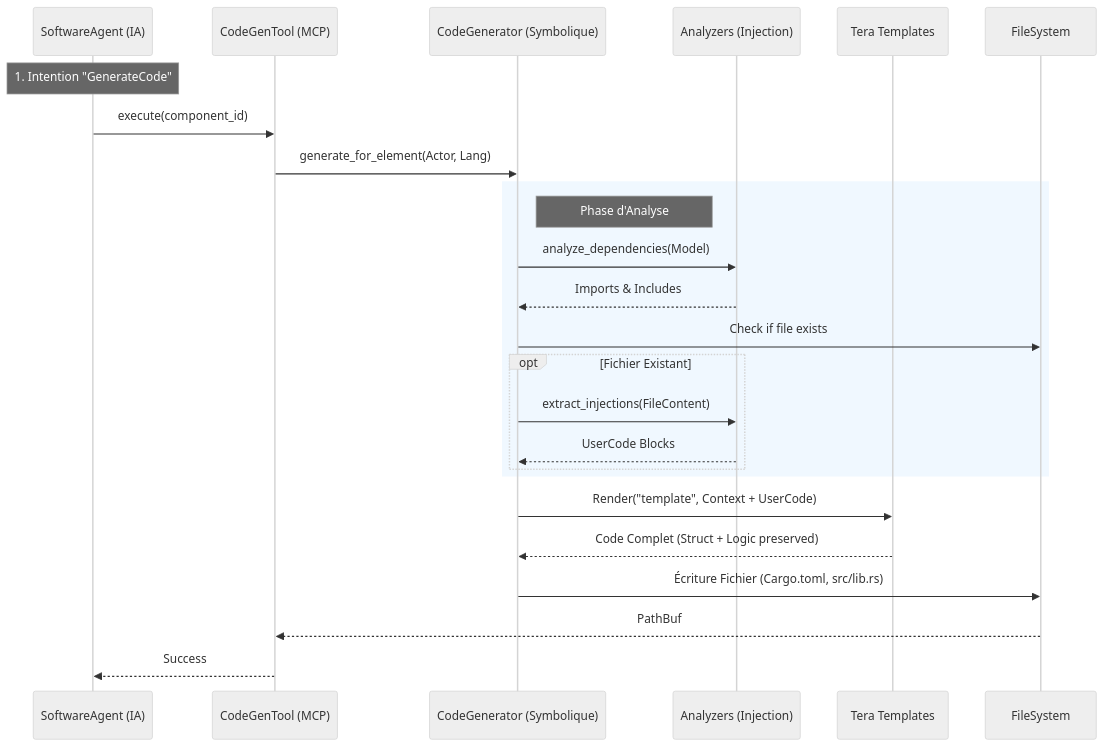
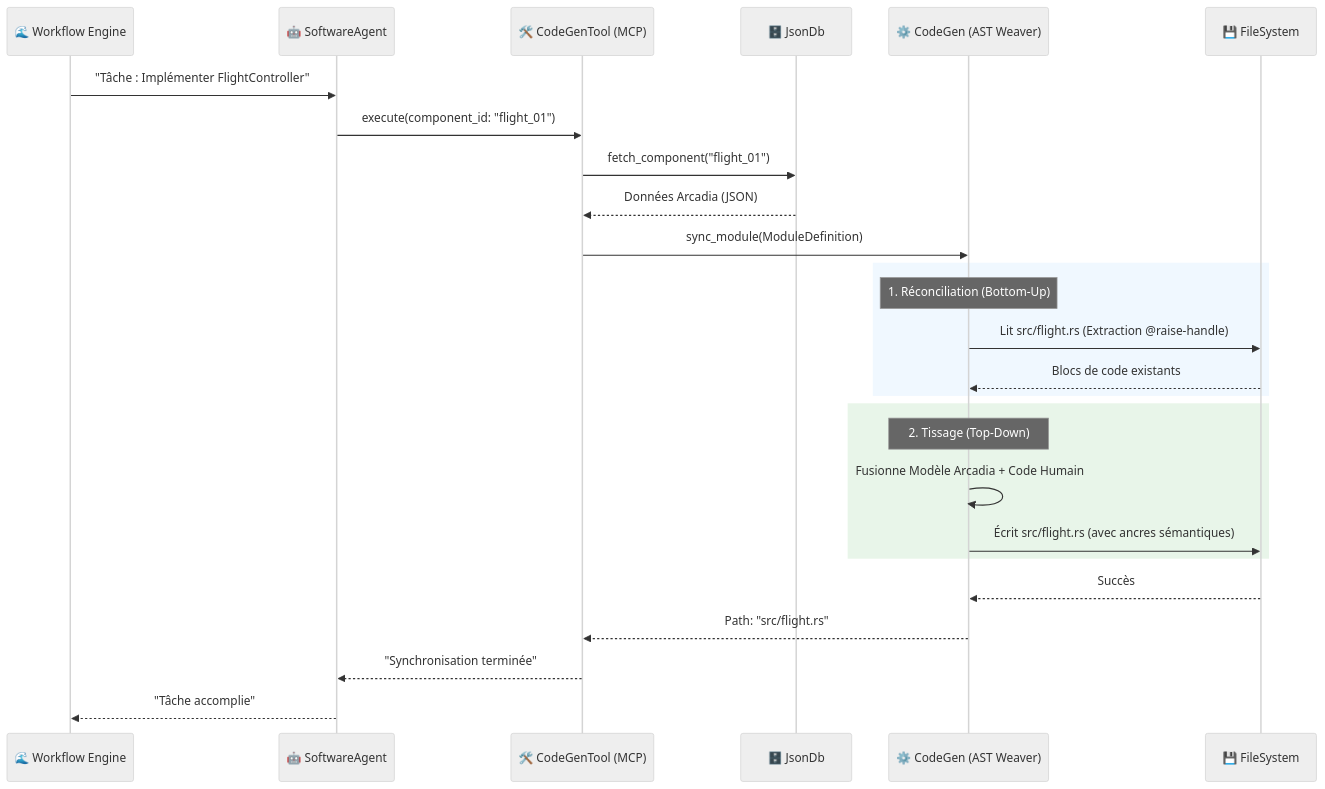
One commit to Condorcet-Continuum/raise changed the diagram in src-tauri/src/code_generator/README.md. Above: the diagram before and after it, drawn with Mermaid (neutral theme). The commit also changed other lines of this file and 138 other files, not shown here.

First line of the commit message:
refactor(workflow): semantic migration to handle, integrate upsert_document and stabilize tests

````diff
--- a/src-tauri/src/code_generator/README.md
+++ b/src-tauri/src/code_generator/README.md
@@ -16,31 +40,32 @@
 ```mermaid
 sequenceDiagram
-    participant Agent as SoftwareAgent (IA)
-    participant Tool as CodeGenTool (MCP)
-    participant Gen as CodeGenerator (Symbolique)
-    participant Analyzer as Analyzers (Injection)
-    participant Tpl as Tera Templates
-    participant FS as FileSystem
+    participant W as 🌊 Workflow Engine
+    participant A as 🤖 SoftwareAgent
+    participant T as 🛠️ CodeGenTool (MCP)
+    participant DB as 🗄️ JsonDb
+    participant G as ⚙️ CodeGen (AST Weaver)
+    participant FS as 💾 FileSystem
 
-    Note over Agent: 1. Intention "GenerateCode"
-    Agent->>Tool: execute(component_id)
-    Tool->>Gen: generate_for_element(Actor, Lang)
-
+    W->>A: "Tâche : Implémenter FlightController"
+    A->>T: execute(component_id: "flight_01")
+    T->>DB: fetch_component("flight_01")
+    DB-->>T: Données Arcadia (JSON)
+    T->>G: sync_module(ModuleDefinition)
+    
     rect rgb(240, 248, 255)
-        Note right of Gen: Phase d'Analyse
-        Gen->>Analyzer: analyze_dependencies(Model)
-        Analyzer-->>Gen: Imports & Includes
-
-        Gen->>FS: Check if file exists
-        opt Fichier Existant
-            Gen->>Analyzer: extract_injections(FileContent)
-            Analyzer-->>Gen: UserCode Blocks
-        end
+        Note over G: 1. Réconciliation (Bottom-Up)
+        G->>FS: Lit src/flight.rs (Extraction @raise-handle)
+        FS-->>G: Blocs de code existants
     end
 
-    Gen->>Tpl: Render("template", Context + UserCode)
-    Tpl-->>Gen: Code Complet (Struct + Logic preserved)
-    Gen->>FS: Écriture Fichier (Cargo.toml, src/lib.rs)
-    FS-->>Tool: PathBuf
-    Tool-->>Agent: Success
+    rect rgb(232, 245, 233)
+        Note over G: 2. Tissage (Top-Down)
+        G->>G: Fusionne Modèle Arcadia + Code Humain
+        G->>FS: Écrit src/flight.rs (avec ancres sémantiques)
+    end
+    
+    FS-->>G: Succès
+    G-->>T: Path: "src/flight.rs"
+    T-->>A: "Synchronisation terminée"
+    A-->>W: "Tâche accomplie"
 ```
````
